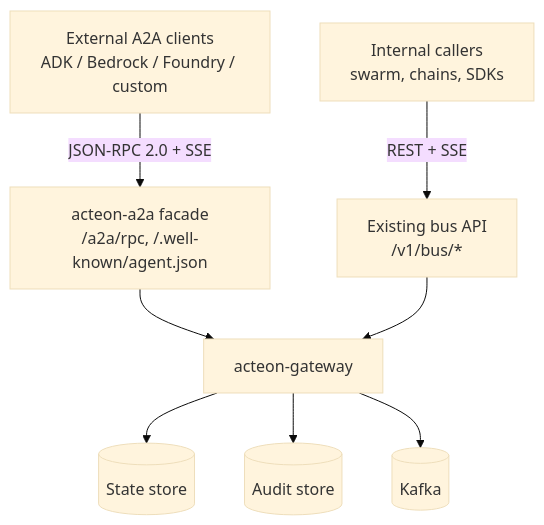
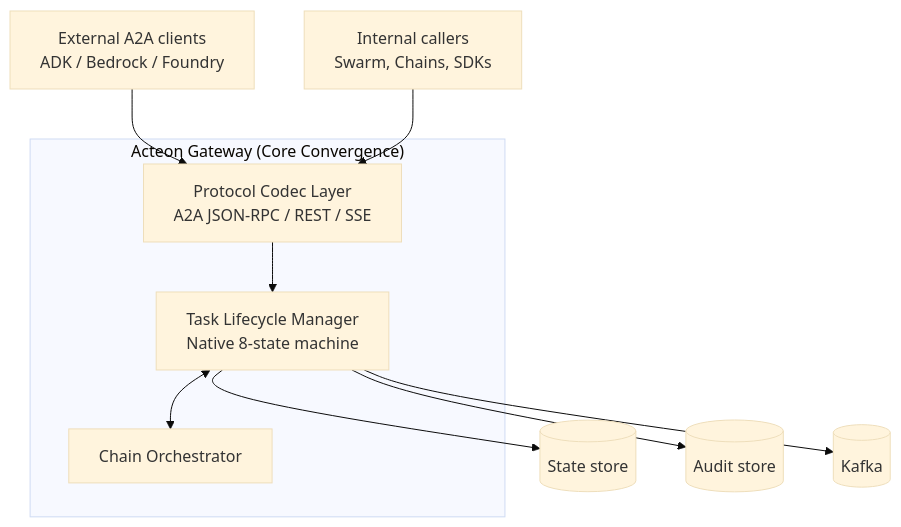
Before and after one commit to penserai/acteon: the diagram in docs/design/a2a-protocol.md, drawn with Mermaid (base theme). The commit also changed other lines of this file, not shown here.

````diff
--- a/docs/design/a2a-protocol.md
+++ b/docs/design/a2a-protocol.md
@@ -64,14 +38,21 @@
 ```mermaid
 graph TD
-    External[External A2A clients<br/>ADK / Bedrock / Foundry / custom]
-    Internal[Internal callers<br/>swarm, chains, SDKs]
+    External[External A2A clients<br/>ADK / Bedrock / Foundry]
+    Internal[Internal callers<br/>Swarm, Chains, SDKs]
     
-    External -->|JSON-RPC 2.0 + SSE| A2A[acteon-a2a facade<br/>/a2a/rpc, /.well-known/agent.json]
-    Internal -->|REST + SSE| Bus[Existing bus API<br/>/v1/bus/*]
+    subgraph "Acteon Gateway (Core Convergence)"
+        Protocol[Protocol Codec Layer<br/>A2A JSON-RPC / REST / SSE]
+        TaskEngine[Task Lifecycle Manager<br/>Native 8-state machine]
+        ChainEngine[Chain Orchestrator]
+    end
+
+    External --> Protocol
+    Internal --> Protocol
     
-    A2A --> Gateway
-    Bus --> Gateway[acteon-gateway]
-    Gateway --> StateStore[(State store)]
-    Gateway --> Audit[(Audit store)]
-    Gateway --> Kafka[(Kafka)]
+    Protocol --> TaskEngine
+    TaskEngine <--> ChainEngine
+    
+    TaskEngine --> StateStore[(State store)]
+    TaskEngine --> Audit[(Audit store)]
+    TaskEngine --> Kafka[(Kafka)]
 ```
````
